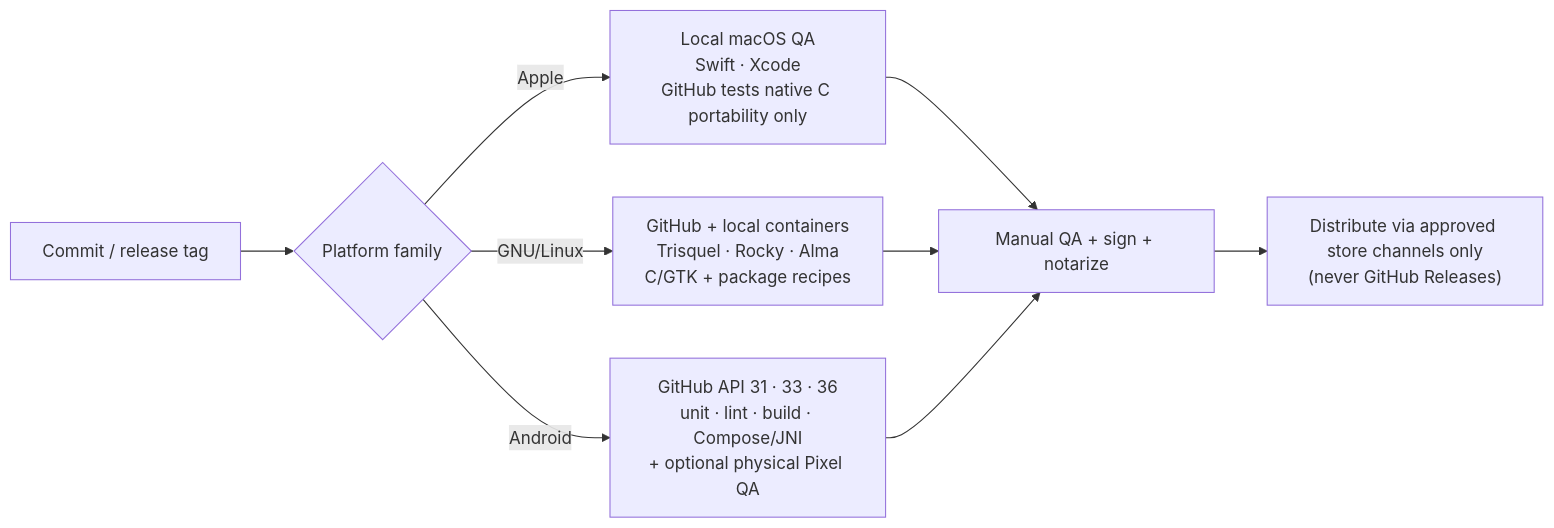
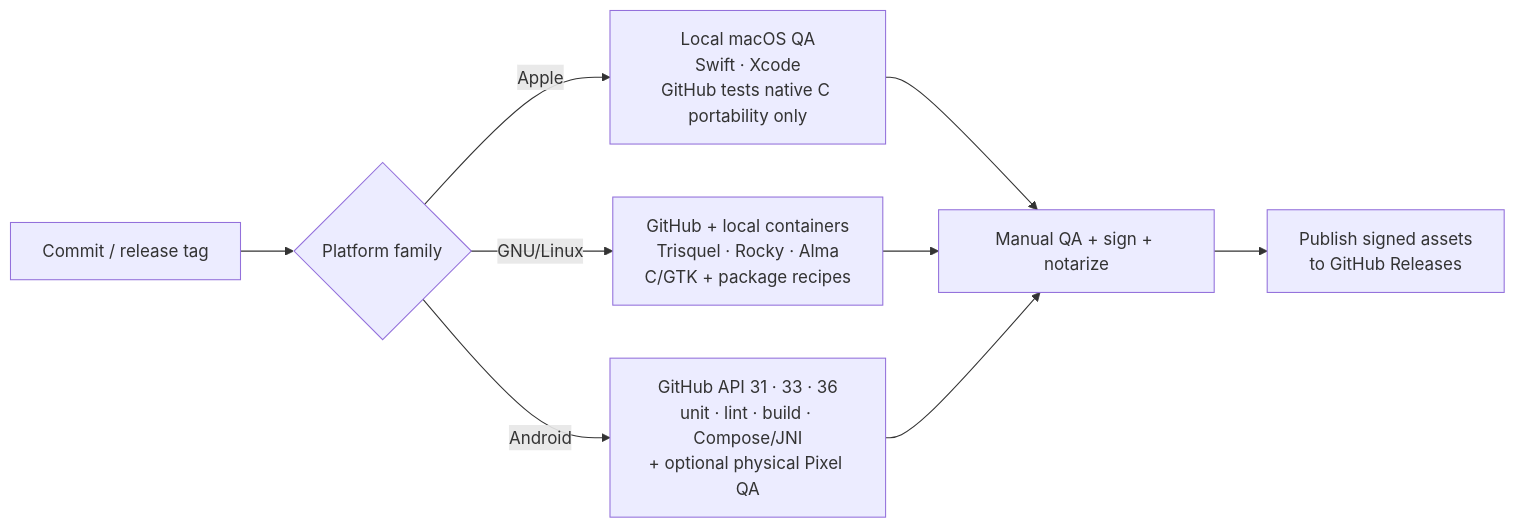
One commit to JohnThre/clambhook changed the diagram in docs/release-validation.md. Above: the diagram before and after it, drawn with Mermaid. The commit also changed other lines of this file and 26 other files, not shown here.

Commit message:
ci: publish releases and funding on GitHub

````diff
--- a/docs/release-validation.md
+++ b/docs/release-validation.md
@@ -27,11 +27,11 @@
 ```mermaid
 flowchart LR
     commit["Commit / release tag"] --> gate{Platform family}
     gate -->|Apple| apple["Local macOS QA<br/>Swift · Xcode<br/>GitHub tests native C portability only"]
     gate -->|"GNU/Linux"| linux["GitHub + local containers<br/>Trisquel · Rocky · Alma<br/>C/GTK + package recipes"]
     gate -->|Android| android["GitHub API 31 · 33 · 36<br/>unit · lint · build · Compose/JNI<br/>+ optional physical Pixel QA"]
     apple --> qa["Manual QA + sign + notarize"]
     linux --> qa
     android --> qa
-    qa --> dist["Distribute via approved store channels only<br/>(never GitHub Releases)"]
+    qa --> dist["Publish signed assets<br/>to GitHub Releases"]
 ```
````
